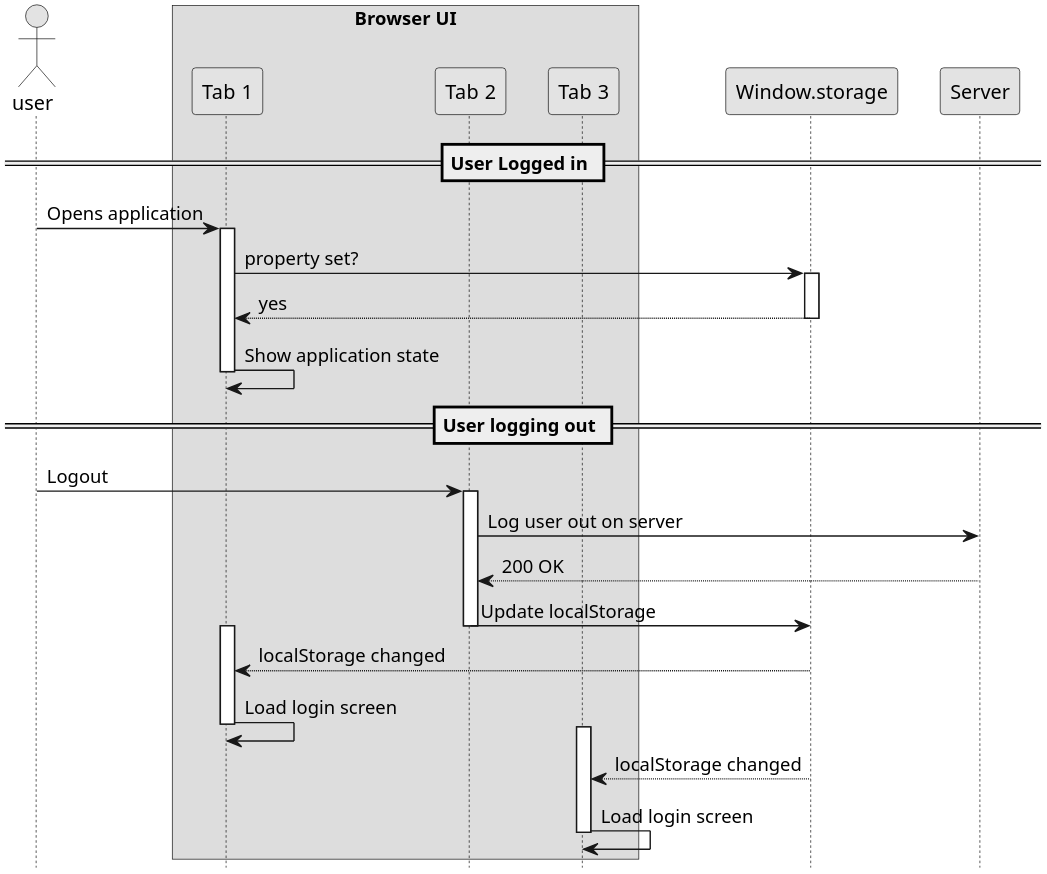
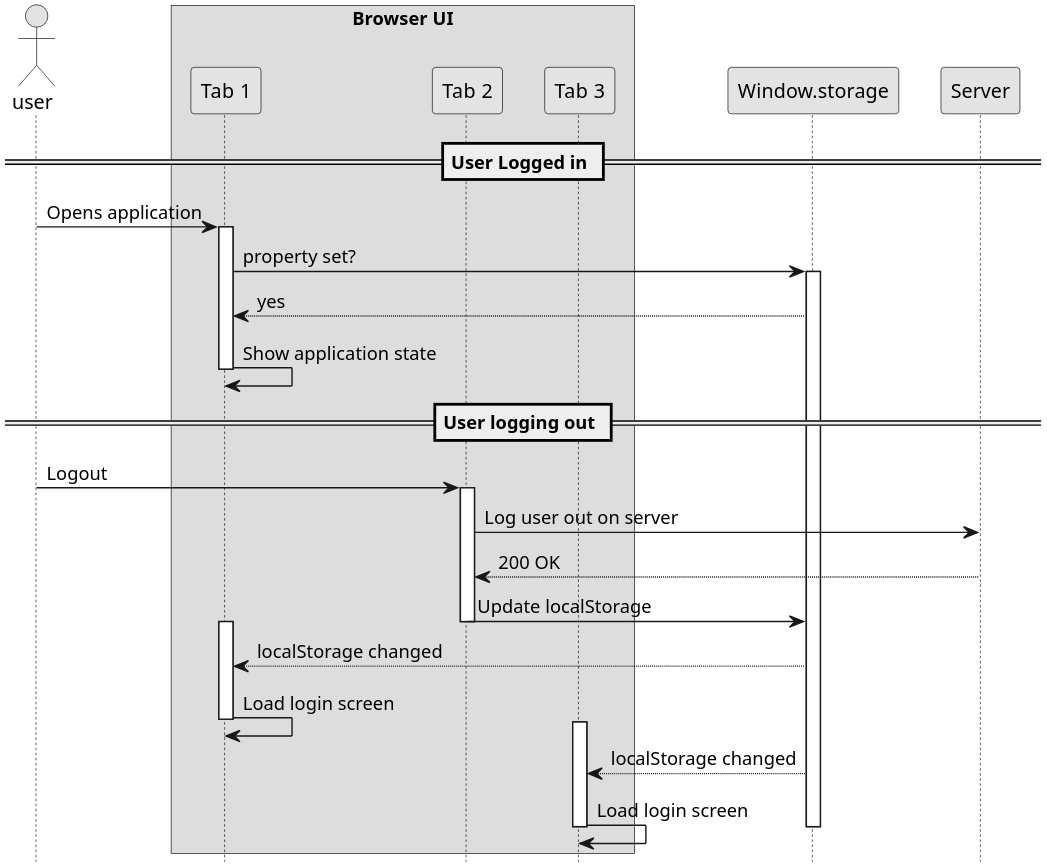
The diagram in javascript/communication-between-browser-tabs-synchronizing-state/sequence-diagram.puml (diwadidu/diwadidu.github.io), drawn with PlantUML before and after one commit. The commit also changed other lines of this file and 27 other files, not shown here.

```diff
--- a/javascript/communication-between-browser-tabs-synchronizing-state/sequence-diagram.puml
+++ b/javascript/communication-between-browser-tabs-synchronizing-state/sequence-diagram.puml
@@ -1,50 +1,50 @@
 @startuml
 
 actor user
 
 scale 2048 width
 skinparam monochrome true
 hide footbox
 skinparam responseMessageBelowArrow true
 skinparam ParticipantPadding 10
 
 participant user as user
 box "Browser UI"
 participant Tab_1 as "Tab 1"
 participant Tab_2 as "Tab 2"
 participant Tab_3 as "Tab 3"
 end box
 participant storage as "Window.storage"
 participant Server as Server
 
 == User Logged in ==
 
 user -> Tab_1: Opens application
 activate Tab_1
 Tab_1 -> storage: property set?
 activate storage
 storage --> Tab_1: yes
-deactivate storage
 Tab_1 -> Tab_1: Show application state
 deactivate Tab_1
 
 == User logging out ==
 
 user -> Tab_2: Logout
 activate Tab_2
 Tab_2 -> Server: Log user out on server
 Server --> Tab_2: 200 OK
 Tab_2 -> storage:   Update localStorage
 deactivate Tab_2
 
 activate Tab_1
 storage --> Tab_1: localStorage changed
 Tab_1 -> Tab_1: Load login screen
 deactivate Tab_1
 
 activate Tab_3
 storage --> Tab_3: localStorage changed
 Tab_3 -> Tab_3: Load login screen
+deactivate storage
 deactivate Tab_3
 
 @enduml
```
